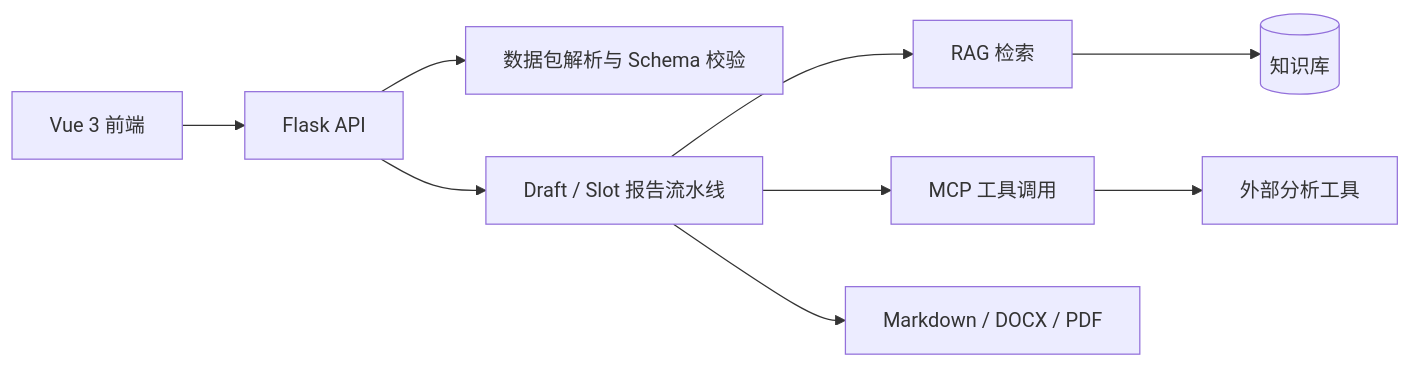
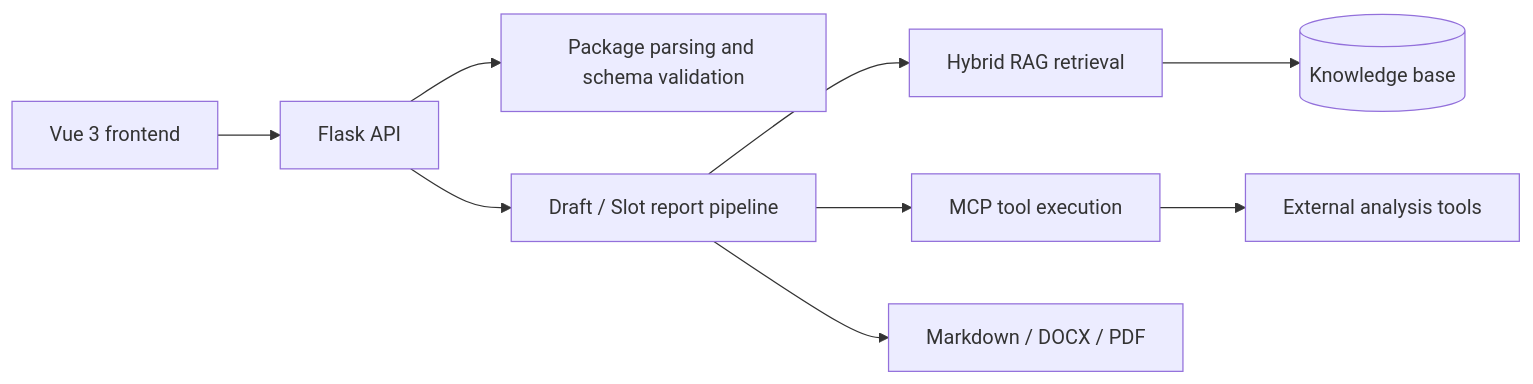
Before and after one commit to JunanJiang/rag-mcp-visualization-system: the diagram in README.md, drawn with Mermaid. The commit also changed other lines of this file and 1 other file, not shown here.

````diff
--- a/README.md
+++ b/README.md
@@ -37,11 +36,11 @@
 ```mermaid
 flowchart LR
-    A[Vue 3 前端] --> B[Flask API]
-    B --> C[数据包解析与 Schema 校验]
-    B --> D[Draft / Slot 报告流水线]
-    D --> E[RAG 检索]
-    D --> F[MCP 工具调用]
-    E --> G[(知识库)]
-    F --> H[外部分析工具]
+    A[Vue 3 frontend] --> B[Flask API]
+    B --> C[Package parsing and schema validation]
+    B --> D[Draft / Slot report pipeline]
+    D --> E[Hybrid RAG retrieval]
+    D --> F[MCP tool execution]
+    E --> G[(Knowledge base)]
+    F --> H[External analysis tools]
     D --> I[Markdown / DOCX / PDF]
 ```
````
